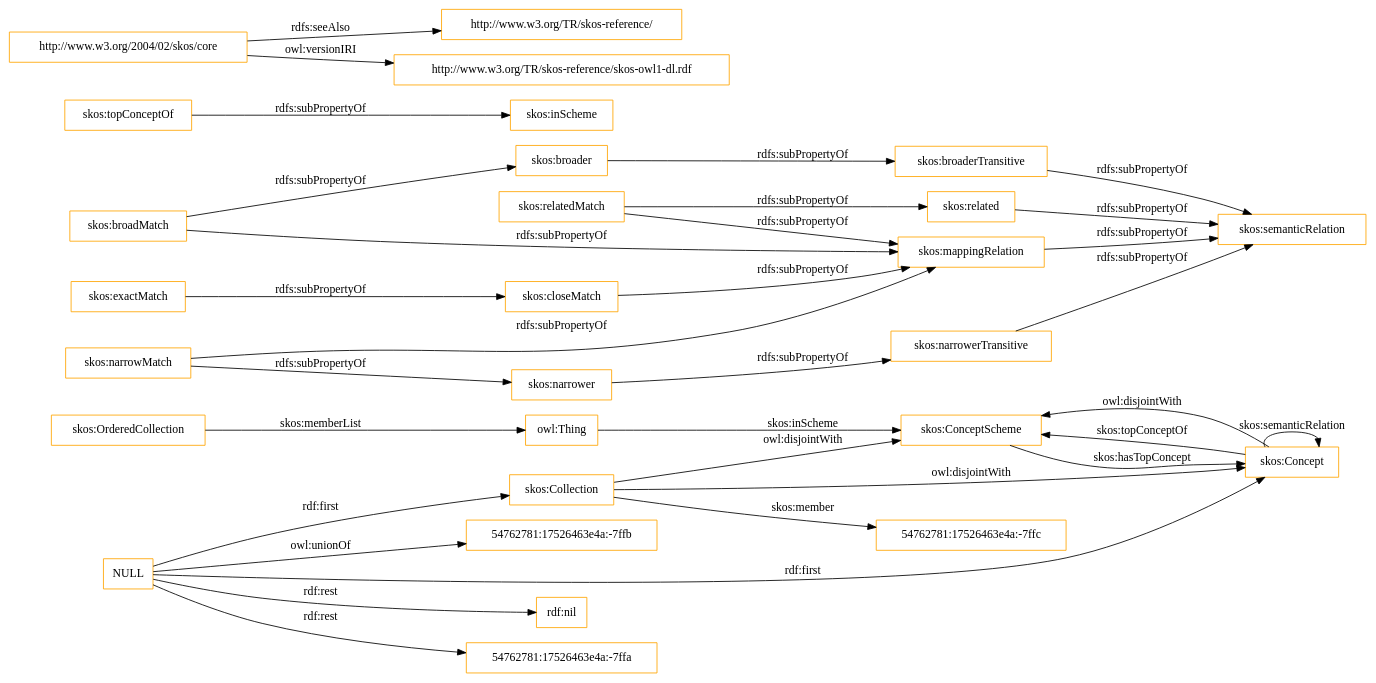
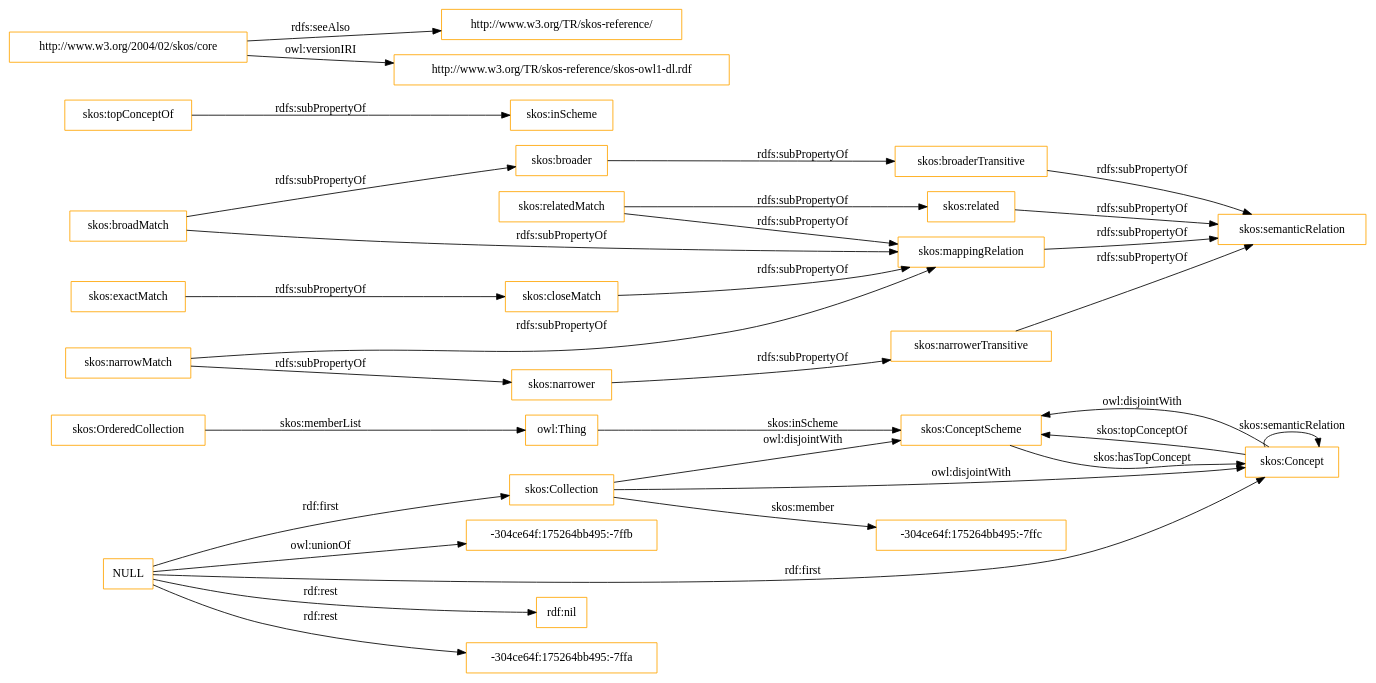
The diagram in OnToology/imports/skos.owl/diagrams/ar2dtool-class/skos.owl.png.dot (OnToologyUser/core-ontology-1), drawn with Graphviz before and after one commit. The commit also changed 14 other files, not shown here.

```diff
--- a/OnToology/imports/skos.owl/diagrams/ar2dtool-class/skos.owl.png.dot
+++ b/OnToology/imports/skos.owl/diagrams/ar2dtool-class/skos.owl.png.dot
@@ -1,37 +1,37 @@
 digraph ar2dtool_diagram { 
 rankdir=LR;
 size="1501"
-node [shape = rectangle, color="orange"]; "skos:OrderedCollection" "skos:ConceptScheme" "skos:Concept" "skos:Collection" "54762781:17526463e4a:-7ffc" ; /*classes style*/
+node [shape = rectangle, color="orange"]; "skos:OrderedCollection" "skos:ConceptScheme" "skos:Concept" "skos:Collection" "-304ce64f:175264bb495:-7ffc" ; /*classes style*/
 	"skos:narrowerTransitive" -> "skos:semanticRelation" [ label = "rdfs:subPropertyOf" ];
 	"NULL" -> "rdf:nil" [ label = "rdf:rest" ];
 	"NULL" -> "skos:Concept" [ label = "rdf:first" ];
-	"NULL" -> "54762781:17526463e4a:-7ffa" [ label = "rdf:rest" ];
+	"NULL" -> "-304ce64f:175264bb495:-7ffa" [ label = "rdf:rest" ];
 	"NULL" -> "skos:Collection" [ label = "rdf:first" ];
-	"NULL" -> "54762781:17526463e4a:-7ffb" [ label = "owl:unionOf" ];
+	"NULL" -> "-304ce64f:175264bb495:-7ffb" [ label = "owl:unionOf" ];
 	"skos:closeMatch" -> "skos:mappingRelation" [ label = "rdfs:subPropertyOf" ];
 	"skos:Concept" -> "skos:ConceptScheme" [ label = "owl:disjointWith" ];
 	"skos:relatedMatch" -> "skos:related" [ label = "rdfs:subPropertyOf" ];
 	"skos:relatedMatch" -> "skos:mappingRelation" [ label = "rdfs:subPropertyOf" ];
 	"skos:related" -> "skos:semanticRelation" [ label = "rdfs:subPropertyOf" ];
 	"skos:topConceptOf" -> "skos:inScheme" [ label = "rdfs:subPropertyOf" ];
 	"skos:broadMatch" -> "skos:mappingRelation" [ label = "rdfs:subPropertyOf" ];
 	"skos:broadMatch" -> "skos:broader" [ label = "rdfs:subPropertyOf" ];
 	"skos:exactMatch" -> "skos:closeMatch" [ label = "rdfs:subPropertyOf" ];
 	"skos:broaderTransitive" -> "skos:semanticRelation" [ label = "rdfs:subPropertyOf" ];
 	"skos:broader" -> "skos:broaderTransitive" [ label = "rdfs:subPropertyOf" ];
 	"skos:mappingRelation" -> "skos:semanticRelation" [ label = "rdfs:subPropertyOf" ];
 	"http://www.w3.org/2004/02/skos/core" -> "http://www.w3.org/TR/skos-reference/" [ label = "rdfs:seeAlso" ];
 	"http://www.w3.org/2004/02/skos/core" -> "http://www.w3.org/TR/skos-reference/skos-owl1-dl.rdf" [ label = "owl:versionIRI" ];
 	"skos:Collection" -> "skos:ConceptScheme" [ label = "owl:disjointWith" ];
 	"skos:Collection" -> "skos:Concept" [ label = "owl:disjointWith" ];
 	"skos:narrower" -> "skos:narrowerTransitive" [ label = "rdfs:subPropertyOf" ];
 	"skos:narrowMatch" -> "skos:narrower" [ label = "rdfs:subPropertyOf" ];
 	"skos:narrowMatch" -> "skos:mappingRelation" [ label = "rdfs:subPropertyOf" ];
 	"skos:OrderedCollection" -> "owl:Thing" [ label = "skos:memberList" ];
 	"skos:Concept" -> "skos:ConceptScheme" [ label = "skos:topConceptOf" ];
 	"skos:Concept" -> "skos:Concept" [ label = "skos:semanticRelation" ];
-	"skos:Collection" -> "54762781:17526463e4a:-7ffc" [ label = "skos:member" ];
+	"skos:Collection" -> "-304ce64f:175264bb495:-7ffc" [ label = "skos:member" ];
 	"skos:ConceptScheme" -> "skos:Concept" [ label = "skos:hasTopConcept" ];
 	"owl:Thing" -> "skos:ConceptScheme" [ label = "skos:inScheme" ];
 
 }
```
